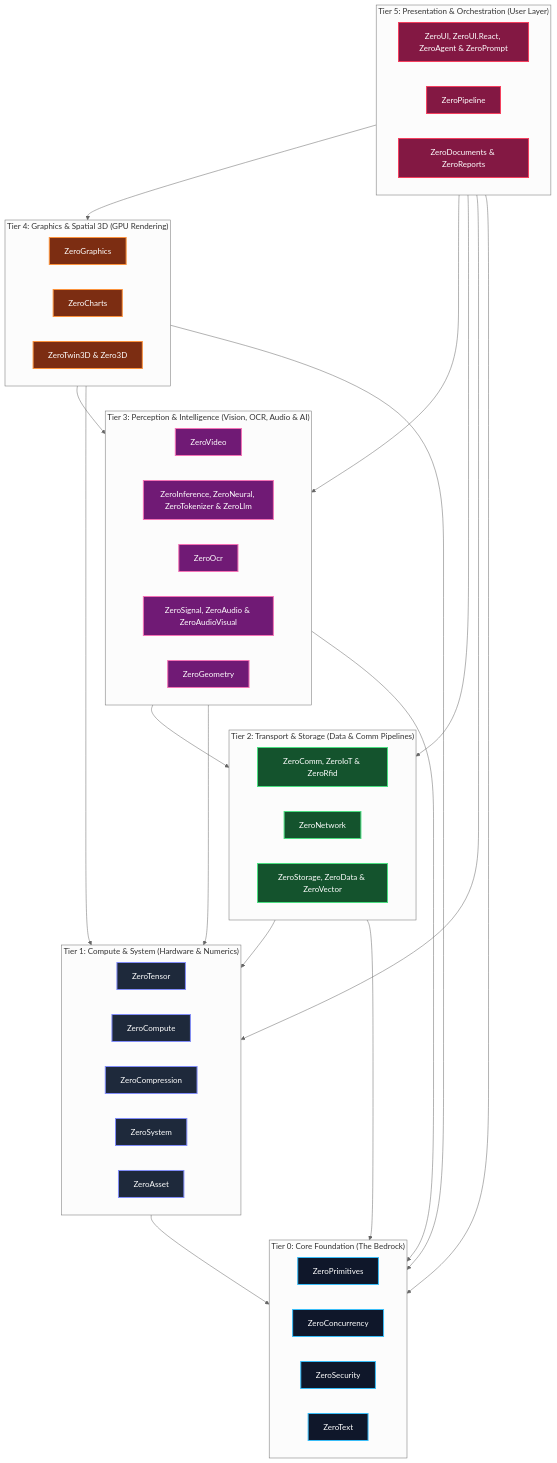
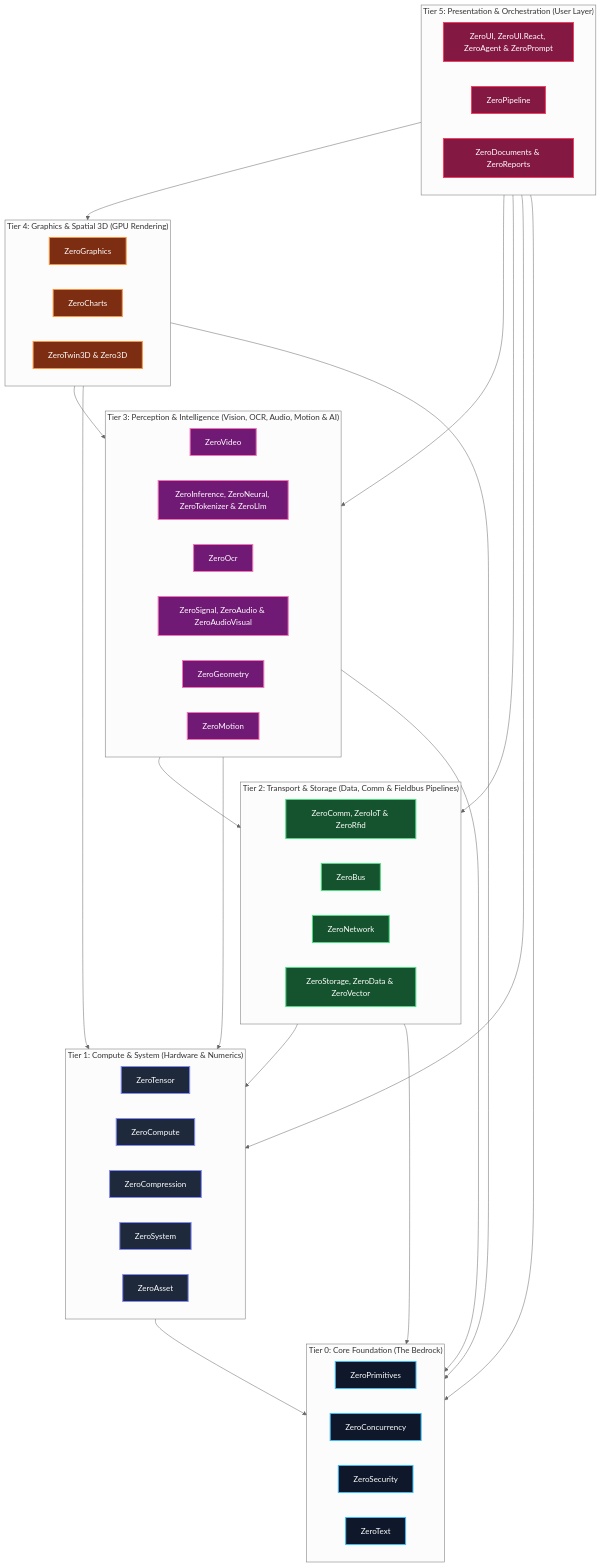
The diagram in docs/architect/platform-architecture.md (kzxl/ZeroPlatform), drawn with Mermaid (neutral theme) before and after one commit. The commit also changed other lines of this file and 6 other files, not shown here.

Commit message:
feat(ecosystem): expand Horizon 1 with ZeroBus (Tier 2) and ZeroMotion (Tier 3)

````diff
--- a/docs/architect/platform-architecture.md
+++ b/docs/architect/platform-architecture.md
@@ -13,56 +13,58 @@
 ```mermaid
 graph TD
     classDef l0 fill:#0f172a,stroke:#38bdf8,stroke-width:2px,color:#fff;
     classDef l1 fill:#1e293b,stroke:#818cf8,stroke-width:2px,color:#fff;
     classDef l2 fill:#14532d,stroke:#4ade80,stroke-width:2px,color:#fff;
     classDef l3 fill:#701a75,stroke:#f472b6,stroke-width:2px,color:#fff;
     classDef l4 fill:#7c2d12,stroke:#fb923c,stroke-width:2px,color:#fff;
     classDef l5 fill:#831843,stroke:#f43f5e,stroke-width:2px,color:#fff;
 
     subgraph L5 ["Tier 5: Presentation & Orchestration (User Layer)"]
         UI["ZeroUI, ZeroUI.React, ZeroAgent & ZeroPrompt"]:::l5
         Pipe["ZeroPipeline"]:::l5
         Docs["ZeroDocuments & ZeroReports"]:::l5
     end
 
     subgraph L4 ["Tier 4: Graphics & Spatial 3D (GPU Rendering)"]
         Gfx["ZeroGraphics"]:::l4
         Charts["ZeroCharts"]:::l4
         Twin["ZeroTwin3D & Zero3D"]:::l4
     end
 
-    subgraph L3 ["Tier 3: Perception & Intelligence (Vision, OCR, Audio & AI)"]
+    subgraph L3 ["Tier 3: Perception & Intelligence (Vision, OCR, Audio, Motion & AI)"]
         Video["ZeroVideo"]:::l3
         Infer["ZeroInference, ZeroNeural, ZeroTokenizer & ZeroLlm"]:::l3
         Ocr["ZeroOcr"]:::l3
         Sig["ZeroSignal, ZeroAudio & ZeroAudioVisual"]:::l3
         Geom["ZeroGeometry"]:::l3
+        Mot["ZeroMotion"]:::l3
     end
 
-    subgraph L2 ["Tier 2: Transport & Storage (Data & Comm Pipelines)"]
+    subgraph L2 ["Tier 2: Transport & Storage (Data, Comm & Fieldbus Pipelines)"]
         Comm["ZeroComm, ZeroIoT & ZeroRfid"]:::l2
+        Bus["ZeroBus"]:::l2
         Net["ZeroNetwork"]:::l2
         Store["ZeroStorage, ZeroData & ZeroVector"]:::l2
     end
 
     subgraph L1 ["Tier 1: Compute & System (Hardware & Numerics)"]
         Tensor["ZeroTensor"]:::l1
         Comp["ZeroCompute"]:::l1
         Compres["ZeroCompression"]:::l1
         Sys["ZeroSystem"]:::l1
         Asset["ZeroAsset"]:::l1
     end
 
     subgraph L0 ["Tier 0: Core Foundation (The Bedrock)"]
         Prim["ZeroPrimitives"]:::l0
         Conc["ZeroConcurrency"]:::l0
         Sec["ZeroSecurity"]:::l0
         Txt["ZeroText"]:::l0
     end
 
     L5 --> L4 & L3 & L2 & L1 & L0
     L4 --> L3 & L1 & L0
     L3 --> L2 & L1 & L0
     L2 --> L1 & L0
     L1 --> L0
 ```
````
